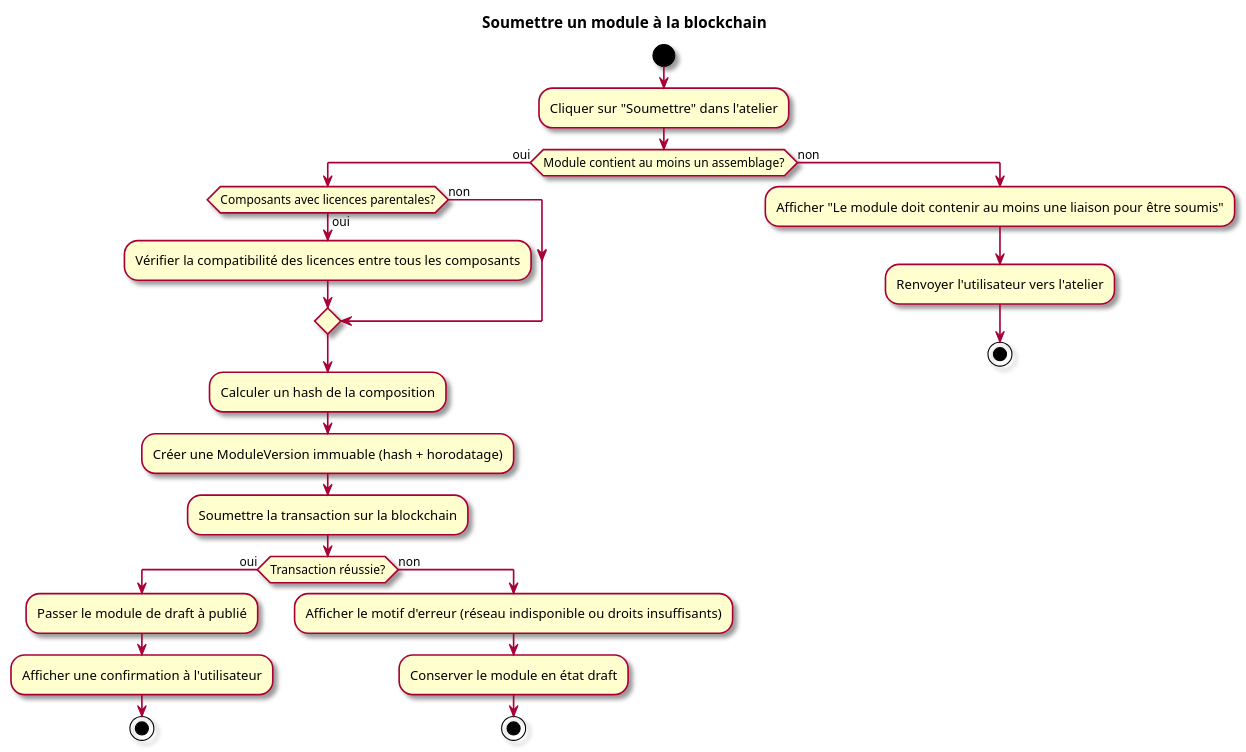
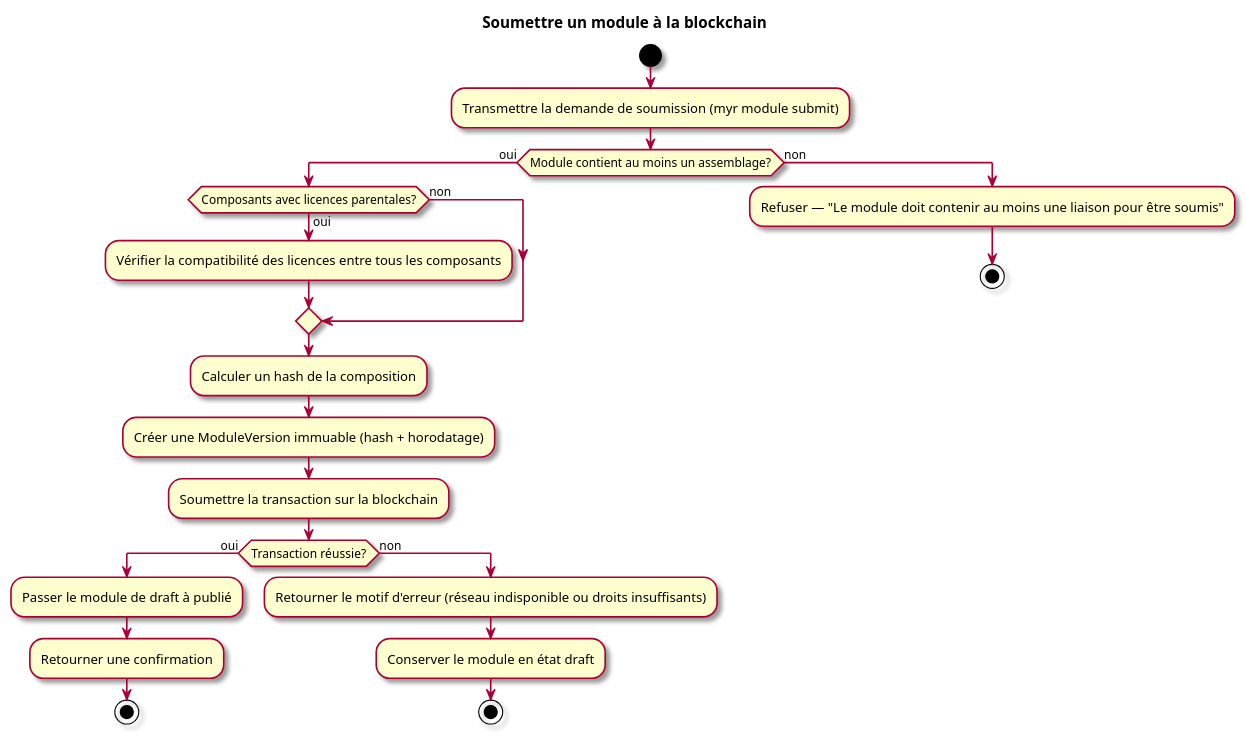
One commit to olivaux/myr changed the third of 3 diagrams in specs/1-Expression/UCMOD-Module/UCMOD06.md. Above: the diagram before and after it, drawn with PlantUML. The commit also changed other lines of this file and 65 other files, not shown here.

````diff
--- a/specs/1-Expression/UCMOD-Module/UCMOD06.md
+++ b/specs/1-Expression/UCMOD-Module/UCMOD06.md
@@ -100,30 +99,29 @@
 ```plantuml
 @startuml
 skin rose
 title Soumettre un module à la blockchain
 start
-:Cliquer sur "Soumettre" dans l'atelier;
+:Transmettre la demande de soumission (myr module submit);
 if (Module contient au moins un assemblage?) then (oui)
   if (Composants avec licences parentales?) then (oui)
     :Vérifier la compatibilité des licences entre tous les composants;
   else (non)
   endif
   :Calculer un hash de la composition;
   :Créer une ModuleVersion immuable (hash + horodatage);
   :Soumettre la transaction sur la blockchain;
   if (Transaction réussie?) then (oui)
     :Passer le module de draft à publié;
-    :Afficher une confirmation à l'utilisateur;
+    :Retourner une confirmation;
     stop
   else (non)
-    :Afficher le motif d'erreur (réseau indisponible ou droits insuffisants);
+    :Retourner le motif d'erreur (réseau indisponible ou droits insuffisants);
     :Conserver le module en état draft;
     stop
   endif
 else (non)
-  :Afficher "Le module doit contenir au moins une liaison pour être soumis";
-  :Renvoyer l'utilisateur vers l'atelier;
+  :Refuser — "Le module doit contenir au moins une liaison pour être soumis";
   stop
 endif
 @enduml
 ```
````
